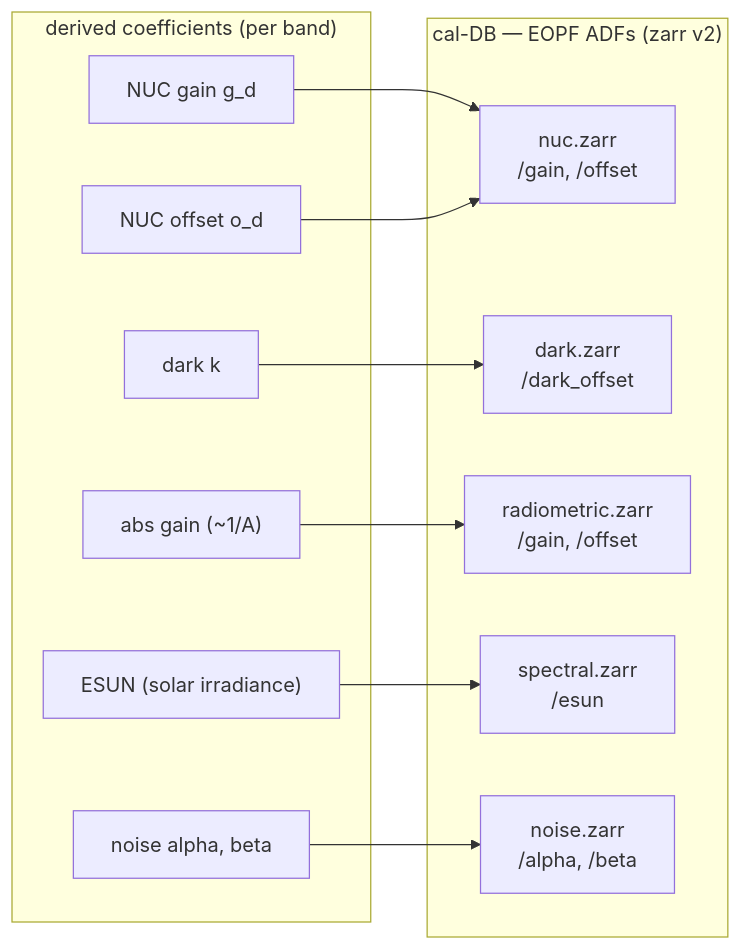
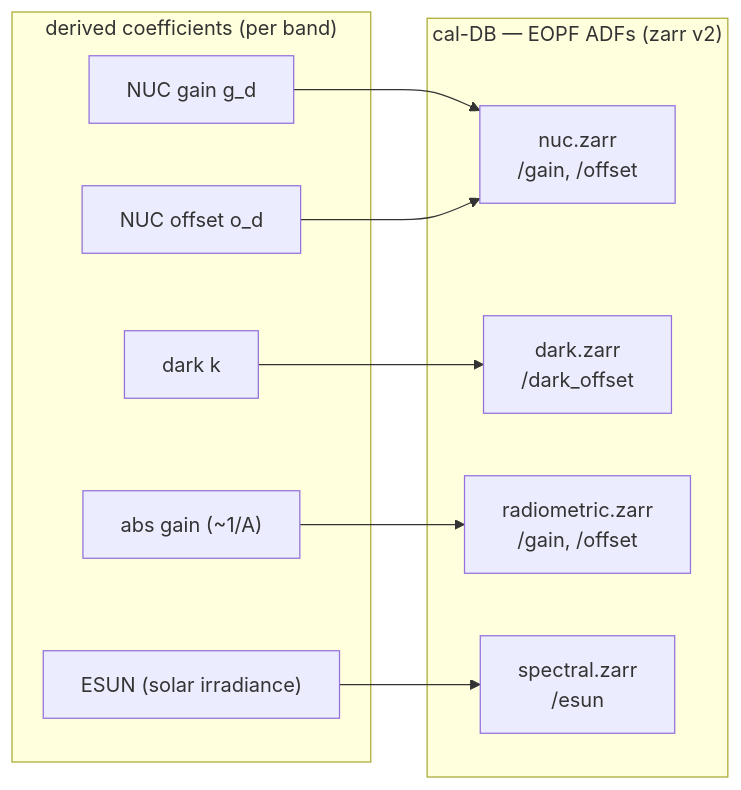
The second of 2 diagrams in docs/dpm/context.md (AstroCan17/s2-msi-raw-generator), drawn with Mermaid before and after one commit. The commit also changed other lines of this file and 40 other files, not shown here.

````diff
--- a/docs/dpm/context.md
+++ b/docs/dpm/context.md
@@ -65,24 +70,21 @@
 ```mermaid
 flowchart LR
     subgraph SRC["derived coefficients (per band)"]
         PR["NUC gain g_d"]
         OF["NUC offset o_d"]
         DK["dark k"]
         AA["abs gain (~1/A)"]
         ES["ESUN (solar irradiance)"]
-        NO["noise alpha, beta"]
     end
     subgraph DB["cal-DB — EOPF ADFs (zarr v2)"]
         NUC["nuc.zarr<br/>/gain, /offset"]
         DARK["dark.zarr<br/>/dark_offset"]
         RADO["radiometric.zarr<br/>/gain, /offset"]
         SPECT["spectral.zarr<br/>/esun"]
-        NOI["noise.zarr<br/>/alpha, /beta"]
     end
     PR --> NUC
     OF --> NUC
     DK --> DARK
     AA --> RADO
     ES --> SPECT
-    NO --> NOI
 ```
````
